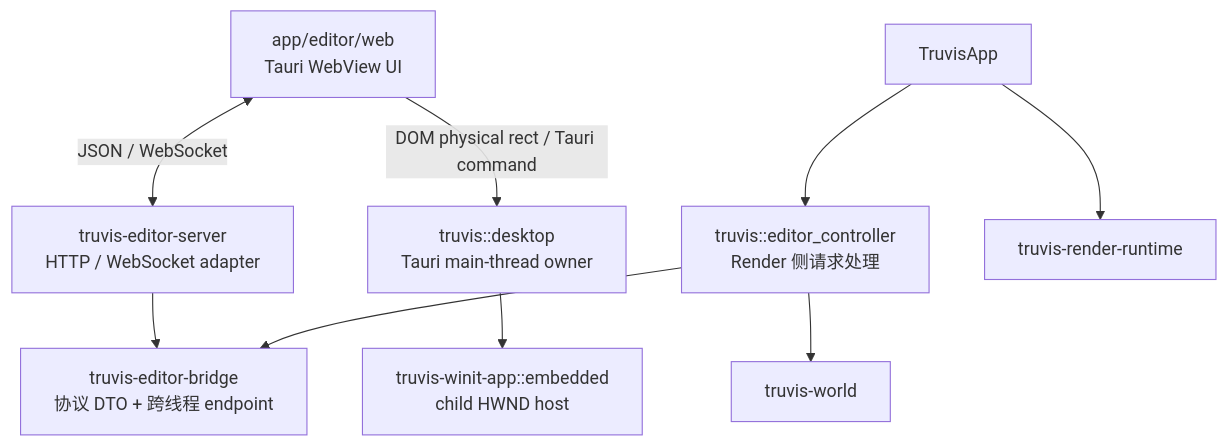
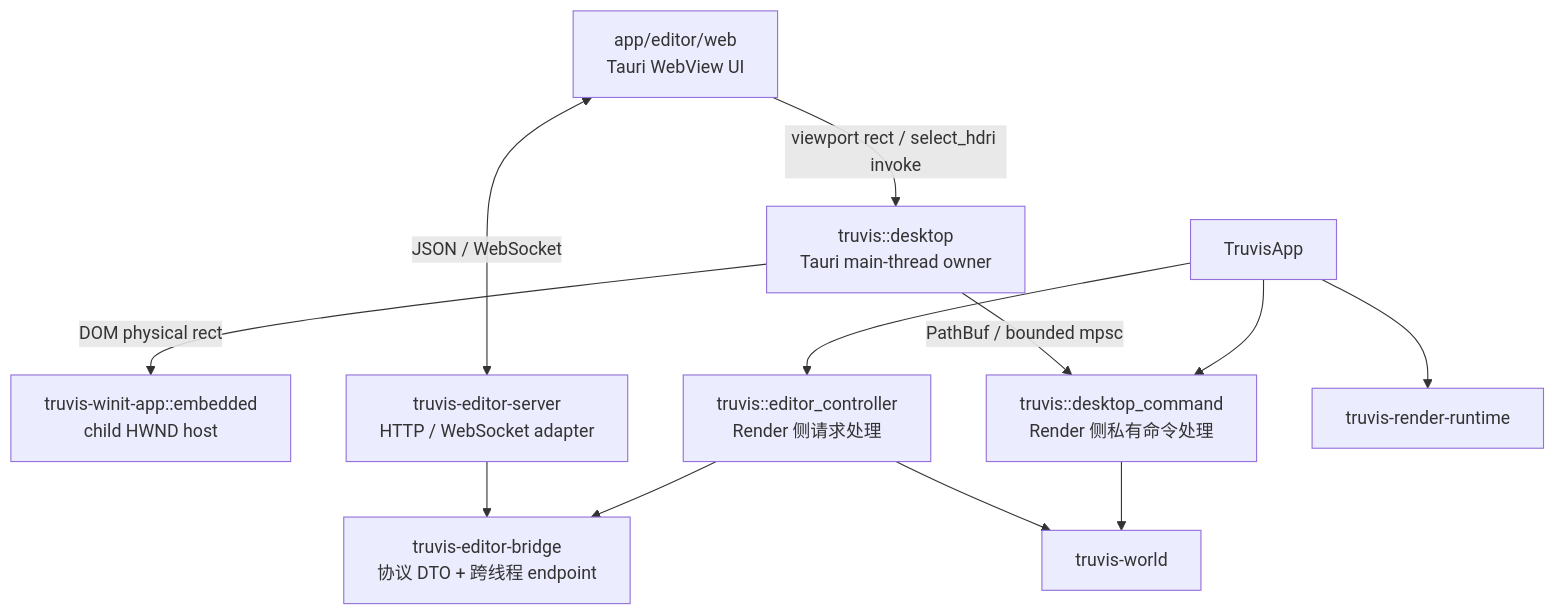
Before and after one commit to acccoco/TruvisRenderer: the first of 3 diagrams in docs/editor.md, drawn with Mermaid. The commit also changed other lines of this file and 3 other files, not shown here.

````diff
--- a/docs/editor.md
+++ b/docs/editor.md
@@ -113,21 +114,25 @@
 ```mermaid
 flowchart TB
     Web["app/editor/web<br/>Tauri WebView UI"]
     Desktop["truvis::desktop<br/>Tauri main-thread owner"]
     WinitHost["truvis-winit-app::embedded<br/>child HWND host"]
     Bridge["truvis-editor-bridge<br/>协议 DTO + 跨线程 endpoint"]
     Server["truvis-editor-server<br/>HTTP / WebSocket adapter"]
     Controller["truvis::editor_controller<br/>Render 侧请求处理"]
+    DesktopCommand["truvis::desktop_command<br/>Render 侧私有命令处理"]
     App["TruvisApp"]
     World["truvis-world"]
     Runtime["truvis-render-runtime"]
 
     Web <-->|"JSON / WebSocket"| Server
-    Web -->|"DOM physical rect / Tauri command"| Desktop
-    Desktop --> WinitHost
+    Web -->|"viewport rect / select_hdri invoke"| Desktop
+    Desktop -->|"DOM physical rect"| WinitHost
+    Desktop -->|"PathBuf / bounded mpsc"| DesktopCommand
     Server --> Bridge
     Controller --> Bridge
     App --> Controller
+    App --> DesktopCommand
     Controller --> World
+    DesktopCommand --> World
     App --> Runtime
 ```
````
